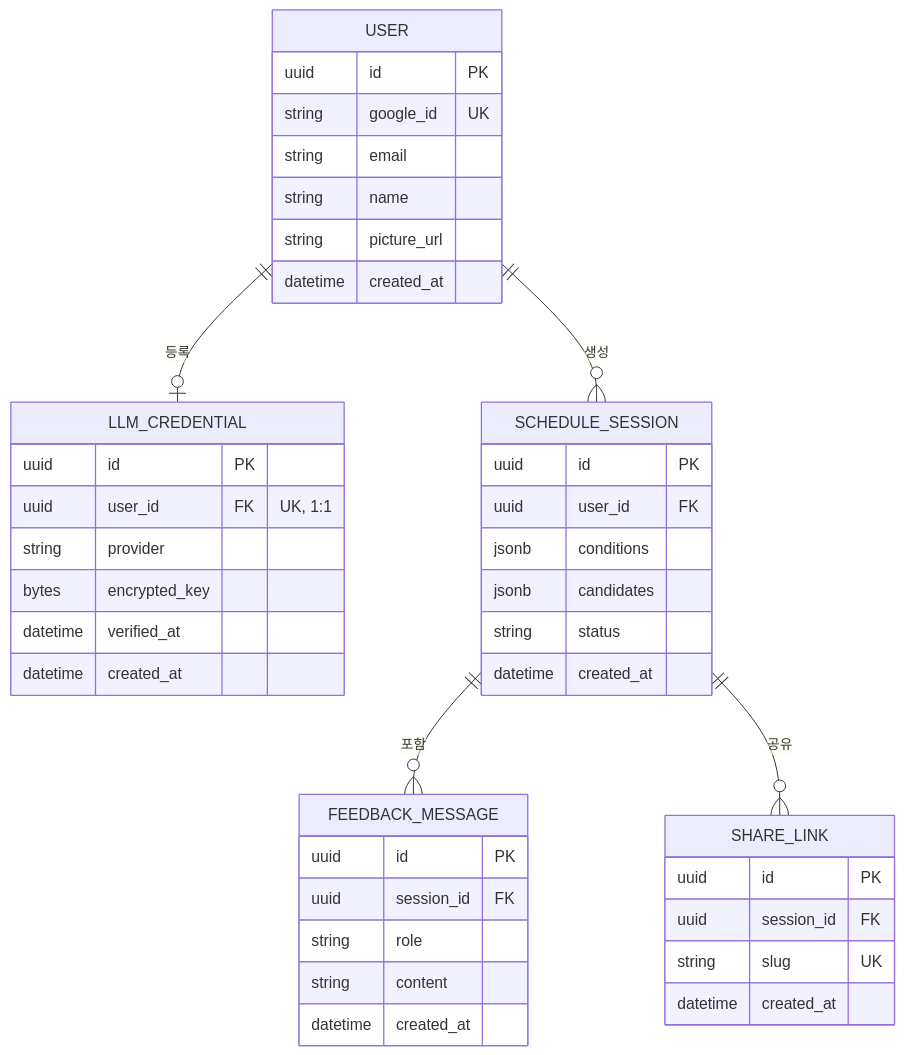
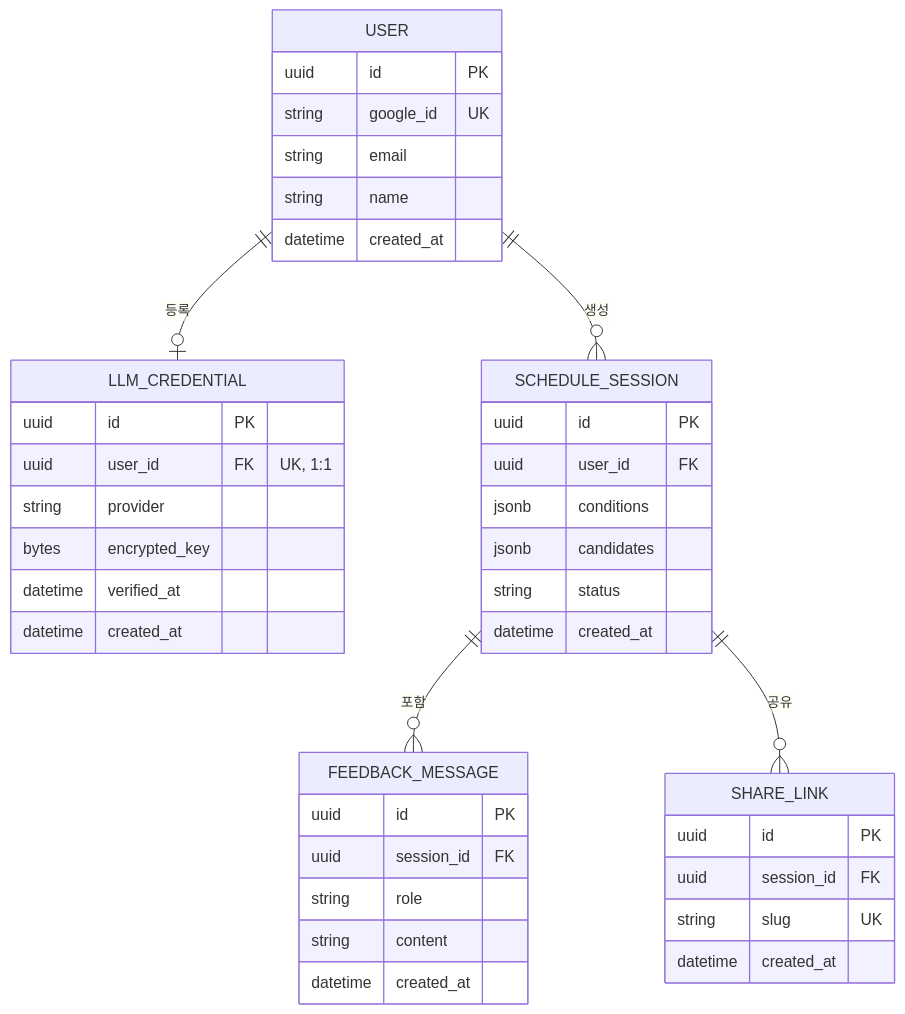
One commit to Chaehyunli/moduyaksok changed the diagram in docs/ERD_2026-08-06.md. Above: the diagram before and after it, drawn with Mermaid. The commit also changed other lines of this file and 3 other files, not shown here.

Commit message:
ERD/API 명세서에서 user.picture_url 제거, 기술설계 문서와 User 모델 일관성 반영

````diff
--- a/docs/ERD_2026-08-06.md
+++ b/docs/ERD_2026-08-06.md
@@ -12,49 +12,48 @@
 ```mermaid
 erDiagram
     USER ||--o| LLM_CREDENTIAL : "등록"
     USER ||--o{ SCHEDULE_SESSION : "생성"
     SCHEDULE_SESSION ||--o{ FEEDBACK_MESSAGE : "포함"
     SCHEDULE_SESSION ||--o{ SHARE_LINK : "공유"
 
     USER {
         uuid id PK
         string google_id UK
         string email
         string name
-        string picture_url
         datetime created_at
     }
 
     LLM_CREDENTIAL {
         uuid id PK
         uuid user_id FK "UK, 1:1"
         string provider
         bytes encrypted_key
         datetime verified_at
         datetime created_at
     }
 
     SCHEDULE_SESSION {
         uuid id PK
         uuid user_id FK
         jsonb conditions
         jsonb candidates
         string status
         datetime created_at
     }
 
     FEEDBACK_MESSAGE {
         uuid id PK
         uuid session_id FK
         string role
         string content
         datetime created_at
     }
 
     SHARE_LINK {
         uuid id PK
         uuid session_id FK
         string slug UK
         datetime created_at
     }
 ```
````
